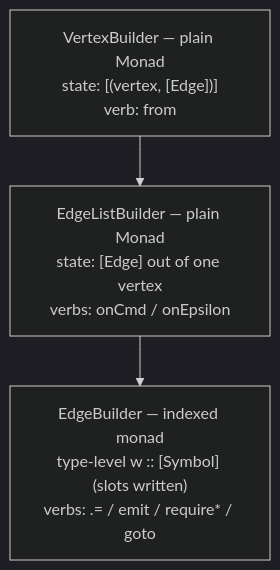
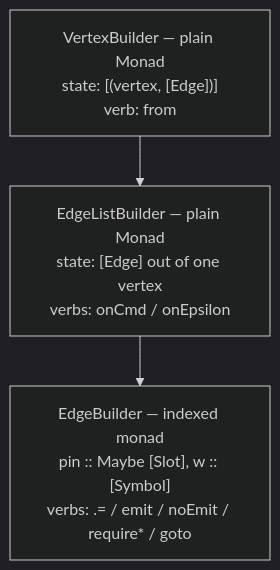
The diagram in content/docs/keiki/walkthrough/core-and-builder/07-builder-three-layers.mdx (shinzui/keiro-runtime-docs), drawn with Mermaid (dark theme) before and after one commit. The commit also changed other lines of this file and 34 other files, not shown here.

````diff
--- a/content/docs/keiki/walkthrough/core-and-builder/07-builder-three-layers.mdx
+++ b/content/docs/keiki/walkthrough/core-and-builder/07-builder-three-layers.mdx
@@ -34,7 +34,7 @@
 ```mermaid
 flowchart TB
   VB["VertexBuilder — plain Monad<br/>state: [(vertex, [Edge])]<br/>verb: from"]
   ELB["EdgeListBuilder — plain Monad<br/>state: [Edge] out of one vertex<br/>verbs: onCmd / onEpsilon"]
-  EB["EdgeBuilder — indexed monad<br/>type-level w :: [Symbol] (slots written)<br/>verbs: .= / emit / require* / goto"]
+  EB["EdgeBuilder — indexed monad<br/>pin :: Maybe [Slot], w :: [Symbol]<br/>verbs: .= / emit / noEmit / require* / goto"]
   VB --> ELB --> EB
 ```
````
